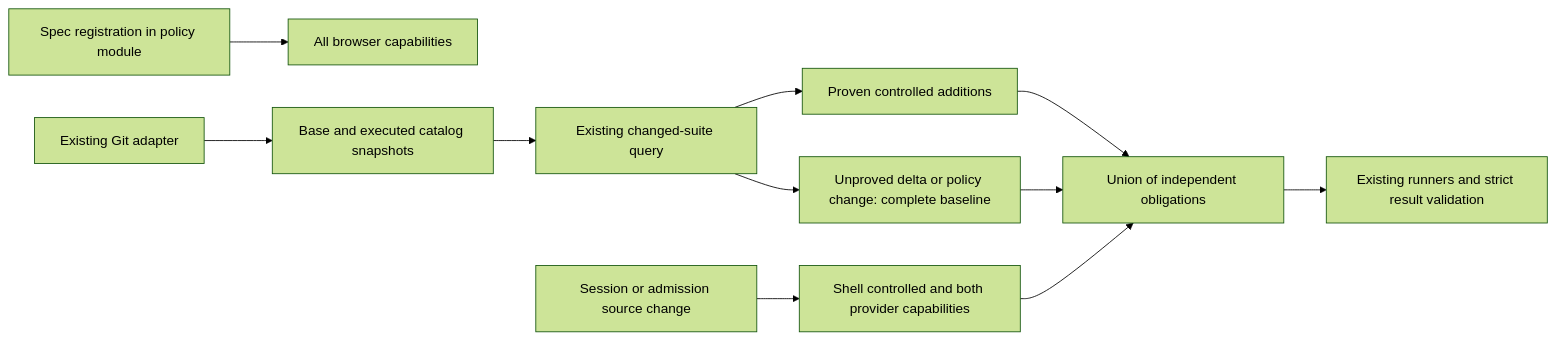
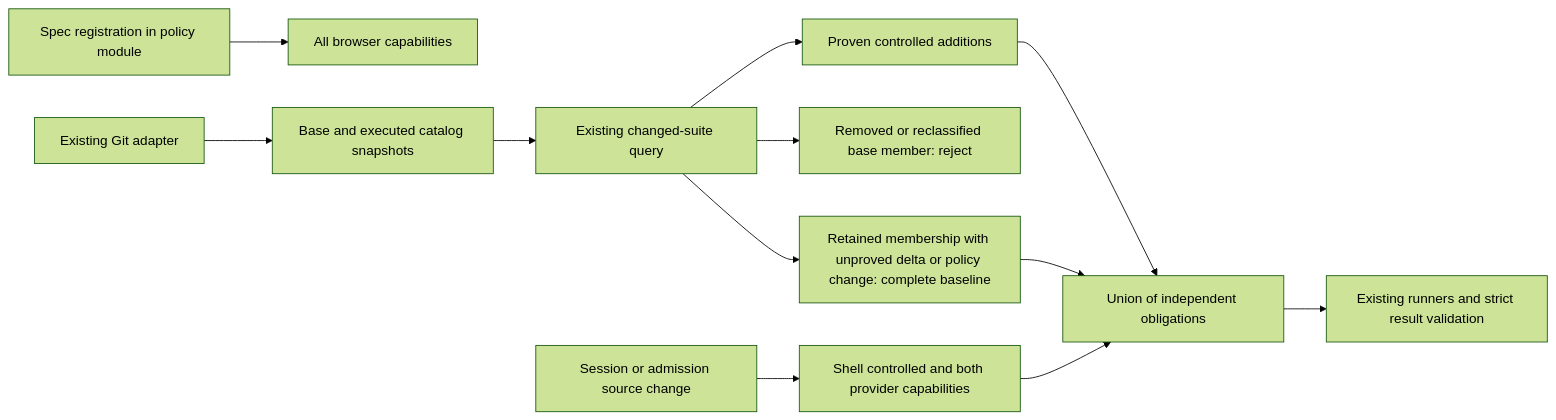
The fourth of 11 diagrams in docs/architecture/components/web/web-vitest-changed-suite-router-component.md (dunay2/dvt), drawn with Mermaid (forest theme) before and after one commit. The commit also changed other lines of this file and 6 other files, not shown here.

````diff
--- a/docs/architecture/components/web/web-vitest-changed-suite-router-component.md
+++ b/docs/architecture/components/web/web-vitest-changed-suite-router-component.md
@@ -273,13 +273,14 @@
 ```mermaid
 flowchart LR
   Before[Spec registration in policy module] --> All[All browser capabilities]
   Git[Existing Git adapter] --> Snapshots[Base and executed catalog snapshots]
   Snapshots --> Policy[Existing changed-suite query]
   Policy --> Exact[Proven controlled additions]
-  Policy --> Broad[Unproved delta or policy change: complete baseline]
+  Policy --> Reject[Removed or reclassified base member: reject]
+  Policy --> Broad[Retained membership with unproved delta or policy change: complete baseline]
   Source[Session or admission source change] --> Obligations[Shell controlled and both provider capabilities]
   Exact --> Union[Union of independent obligations]
   Broad --> Union
   Obligations --> Union
   Union --> Runner[Existing runners and strict result validation]
 ```
````
